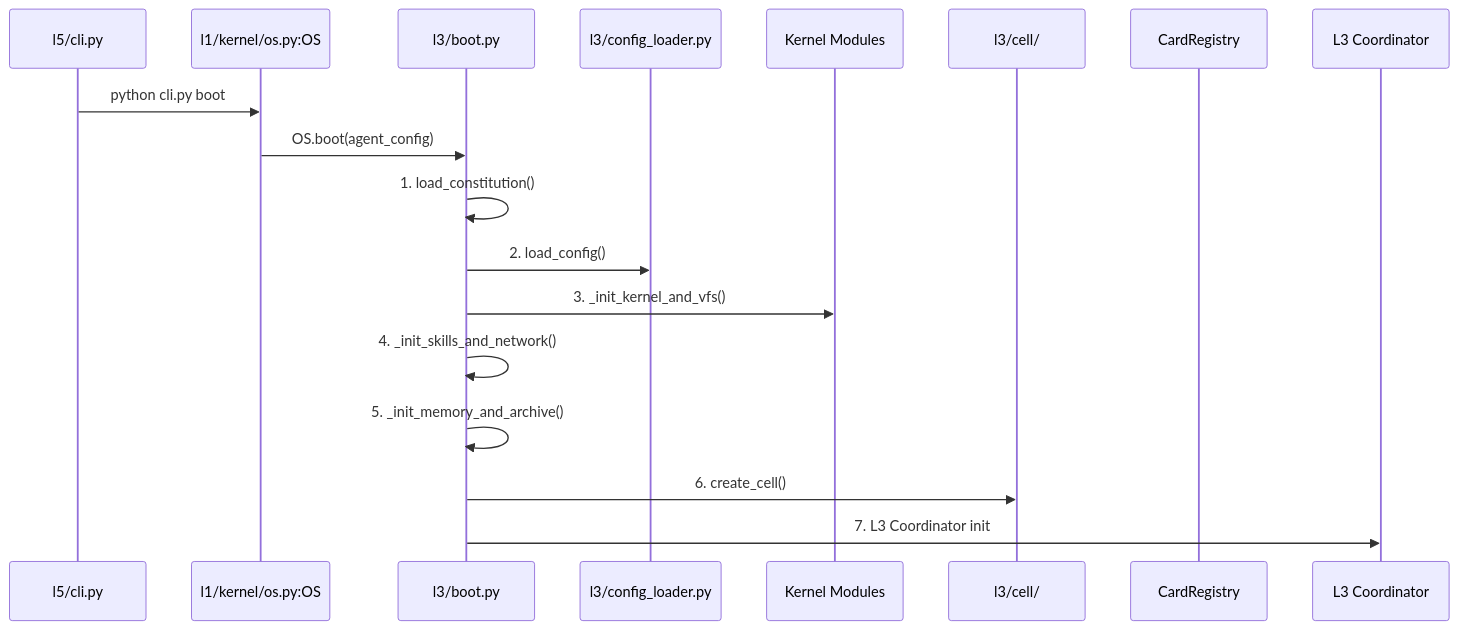
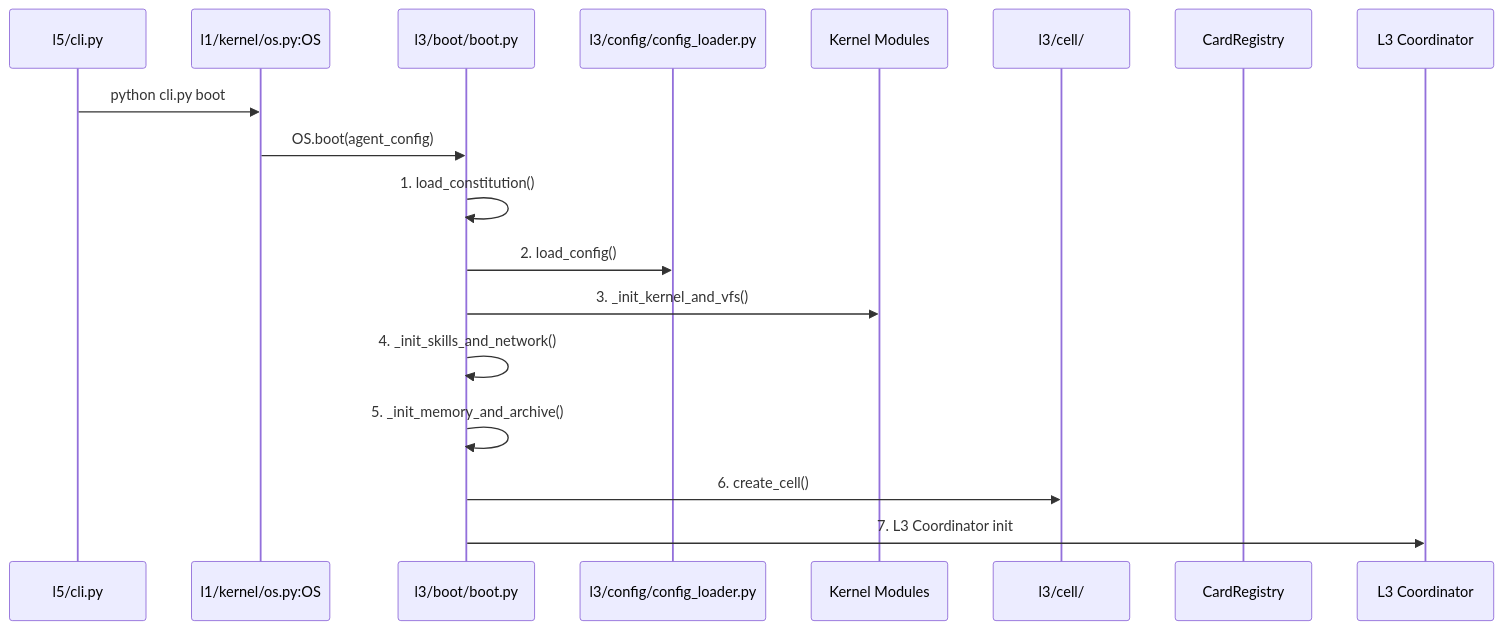
The diagram in docs/architecture/deep-dive/boot-sequence.md (guilingzhouyi-creator/Praxis-Agent-OS), drawn with Mermaid before and after one commit. The commit also changed other lines of this file and 106 other files, not shown here.

````diff
--- a/docs/architecture/deep-dive/boot-sequence.md
+++ b/docs/architecture/deep-dive/boot-sequence.md
@@ -8,22 +8,22 @@
 ```mermaid
 sequenceDiagram
     participant CLI as l5/cli.py
     participant OS as l1/kernel/os.py:OS
-    participant BOOT as l3/boot.py
-    participant CFG as l3/config_loader.py
+    participant BOOT as l3/boot/boot.py
+    participant CFG as l3/config/config_loader.py
     participant K as Kernel Modules
     participant CELL as l3/cell/
     participant REG as CardRegistry
     participant CTRL as L3 Coordinator
 
     CLI->>OS: python cli.py boot
     OS->>BOOT: OS.boot(agent_config)
 
     BOOT->>BOOT: 1. load_constitution()
     BOOT->>CFG: 2. load_config()
     BOOT->>K: 3. _init_kernel_and_vfs()
     BOOT->>BOOT: 4. _init_skills_and_network()
     BOOT->>BOOT: 5. _init_memory_and_archive()
     BOOT->>CELL: 6. create_cell()
     BOOT->>CTRL: 7. L3 Coordinator init
 ```
````
